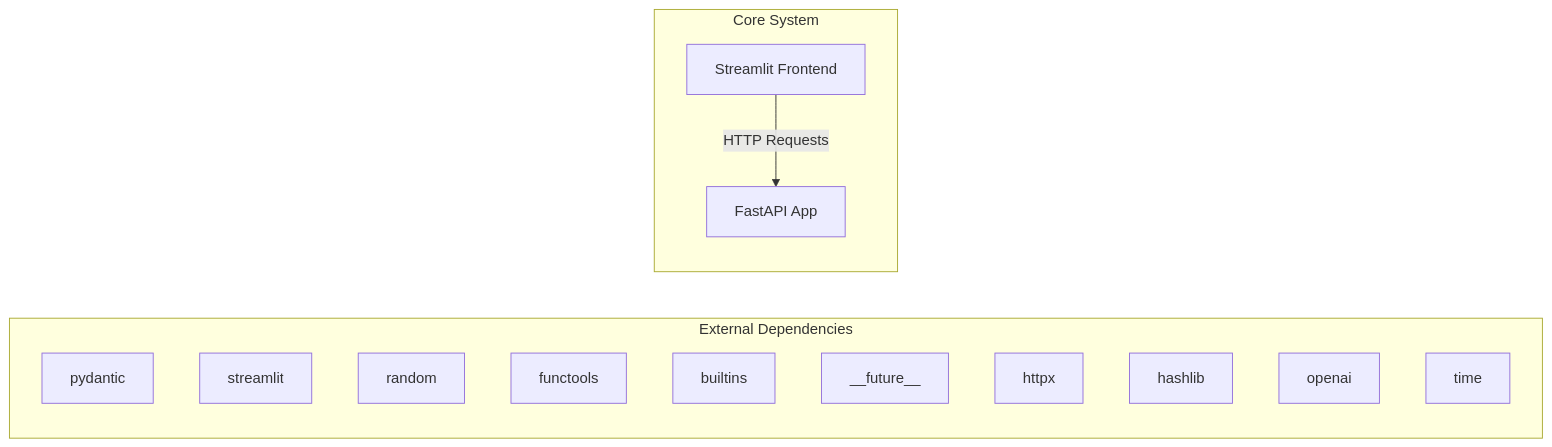
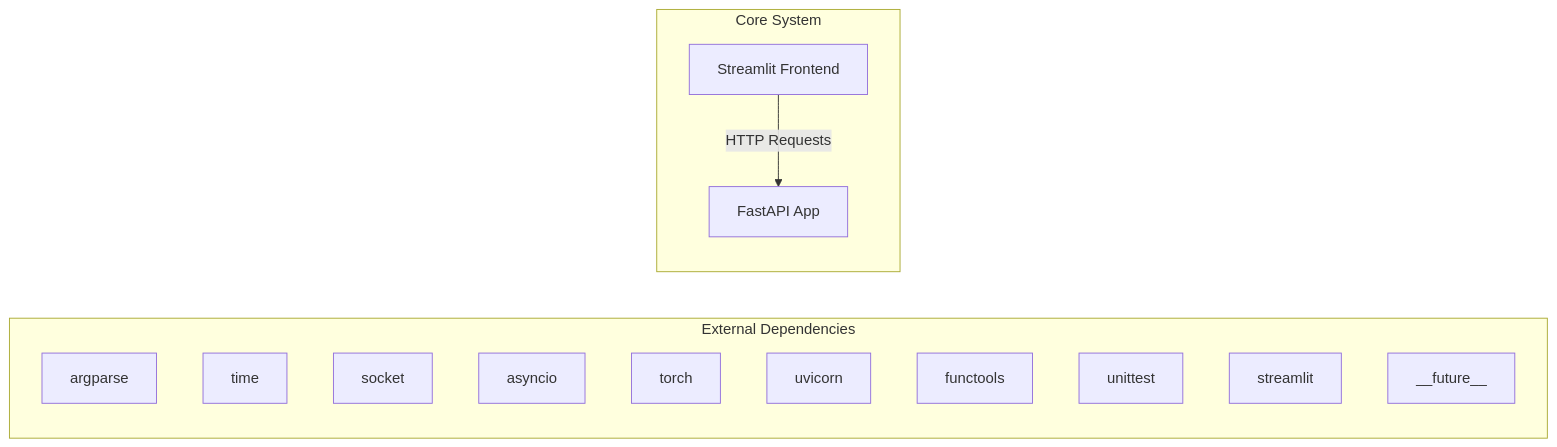
The first of 2 diagrams in docs/architecture.md (NITISH-R-G/rag-context-optimizer), drawn with Mermaid before and after one commit. The commit also changed 1 other file, not shown here.

Commit message:
docs: auto-update repository knowledge, architecture diagrams, and documentation

````diff
--- a/docs/architecture.md
+++ b/docs/architecture.md
@@ -7,20 +7,20 @@
 ```mermaid
 graph LR
     subgraph External Dependencies
-        E0["pydantic"]
-        E1["streamlit"]
-        E2["random"]
-        E3["functools"]
-        E4["builtins"]
-        E5["__future__"]
-        E6["httpx"]
-        E7["hashlib"]
-        E8["openai"]
-        E9["time"]
+        E0["argparse"]
+        E1["time"]
+        E2["socket"]
+        E3["asyncio"]
+        E4["torch"]
+        E5["uvicorn"]
+        E6["functools"]
+        E7["unittest"]
+        E8["streamlit"]
+        E9["__future__"]
     end
     subgraph Core System
         API["FastAPI App"]
         UI["Streamlit Frontend"]
     end
     UI -->|HTTP Requests| API
 ```
````
